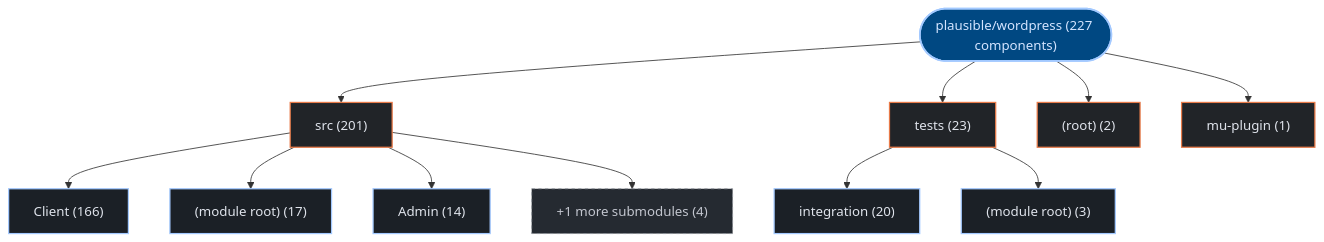
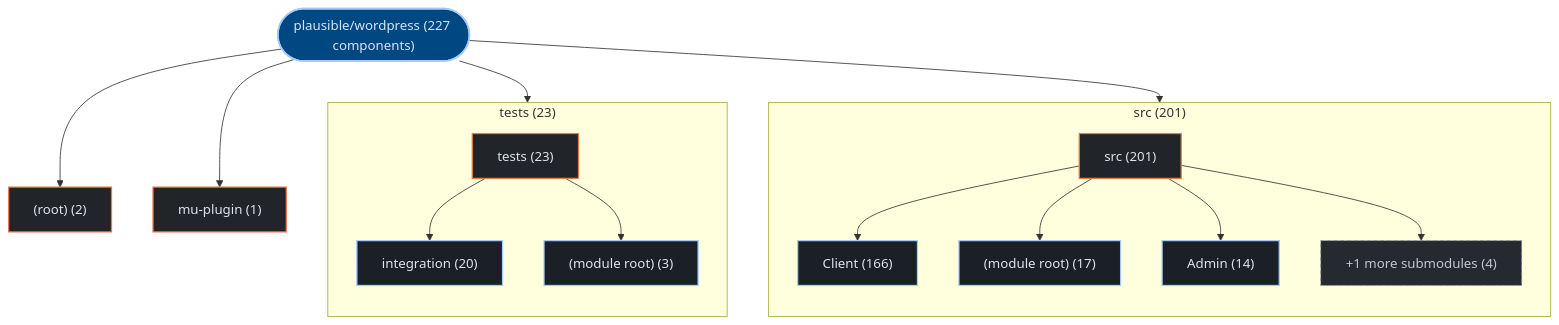
Before and after one commit to kumarshaz/atruss-code-atlas: the first of 3 diagrams in exports/latest/reports/plausible-wordpress-report.md, drawn with Mermaid. The commit also changed 178 other files, not shown here.

Commit message:
feat(ui,mermaid): upgrade to mermaid v12 + ELK layout, add orgs-summary + pagination, subgraph building blocks, fix tab alignment

````diff
--- a/exports/latest/reports/plausible-wordpress-report.md
+++ b/exports/latest/reports/plausible-wordpress-report.md
@@ -42,31 +42,37 @@
 ```mermaid
 graph TD;
   classDef atlasRoot fill:#004882,stroke:#a3c9ff,stroke-width:2px,color:#d3e4ff
   classDef atlasCategory fill:#212428,stroke:#E87A48,stroke-width:1.5px,color:#dfe3eb
   classDef atlasWorkflow fill:#1b2026,stroke:#a3c9ff,stroke-width:1.5px,color:#dfe3eb
   classDef atlasJob fill:#171c22,stroke:#8d9199,stroke-width:1px,color:#dfe3eb
   classDef atlasTarget fill:#005227,stroke:#8bd99b,stroke-width:1.5px,color:#a7f6b6
   classDef atlasAlert fill:#93000a,stroke:#ffb4ab,stroke-width:1.5px,color:#ffdad6
   classDef atlasMore fill:#252a31,stroke:#8d9199,stroke-dasharray:4 4,color:#c3c6cf
     repo_root(["plausible/wordpress (227 components)"]):::atlasRoot
-    dir_0_src["src (201)"]:::atlasCategory
+    subgraph sg_dir_0_src["src (201)"]
+      direction TB
+      dir_0_src["src (201)"]:::atlasCategory
+      sub_0_0_Client["Client (166)"]:::atlasWorkflow
+      dir_0_src --> sub_0_0_Client
+      sub_0_1__module_root_["(module root) (17)"]:::atlasWorkflow
+      dir_0_src --> sub_0_1__module_root_
+      sub_0_2_Admin["Admin (14)"]:::atlasWorkflow
+      dir_0_src --> sub_0_2_Admin
+      sub_0_more["+1 more submodules (4)"]:::atlasMore
+      dir_0_src --> sub_0_more
+    end
     repo_root --> dir_0_src
-    sub_0_0_Client["Client (166)"]:::atlasWorkflow
-    dir_0_src --> sub_0_0_Client
-    sub_0_1__module_root_["(module root) (17)"]:::atlasWorkflow
-    dir_0_src --> sub_0_1__module_root_
-    sub_0_2_Admin["Admin (14)"]:::atlasWorkflow
-    dir_0_src --> sub_0_2_Admin
-    sub_0_more["+1 more submodules (4)"]:::atlasMore
-    dir_0_src --> sub_0_more
-    dir_1_tests["tests (23)"]:::atlasCategory
+    subgraph sg_dir_1_tests["tests (23)"]
+      direction TB
+      dir_1_tests["tests (23)"]:::atlasCategory
+      sub_1_0_integration["integration (20)"]:::atlasWorkflow
+      dir_1_tests --> sub_1_0_integration
+      sub_1_1__module_root_["(module root) (3)"]:::atlasWorkflow
+      dir_1_tests --> sub_1_1__module_root_
+    end
     repo_root --> dir_1_tests
-    sub_1_0_integration["integration (20)"]:::atlasWorkflow
-    dir_1_tests --> sub_1_0_integration
-    sub_1_1__module_root_["(module root) (3)"]:::atlasWorkflow
-    dir_1_tests --> sub_1_1__module_root_
     dir_2__root_["(root) (2)"]:::atlasCategory
     repo_root --> dir_2__root_
     dir_3_mu_plugin["mu-plugin (1)"]:::atlasCategory
     repo_root --> dir_3_mu_plugin
 ```
````
